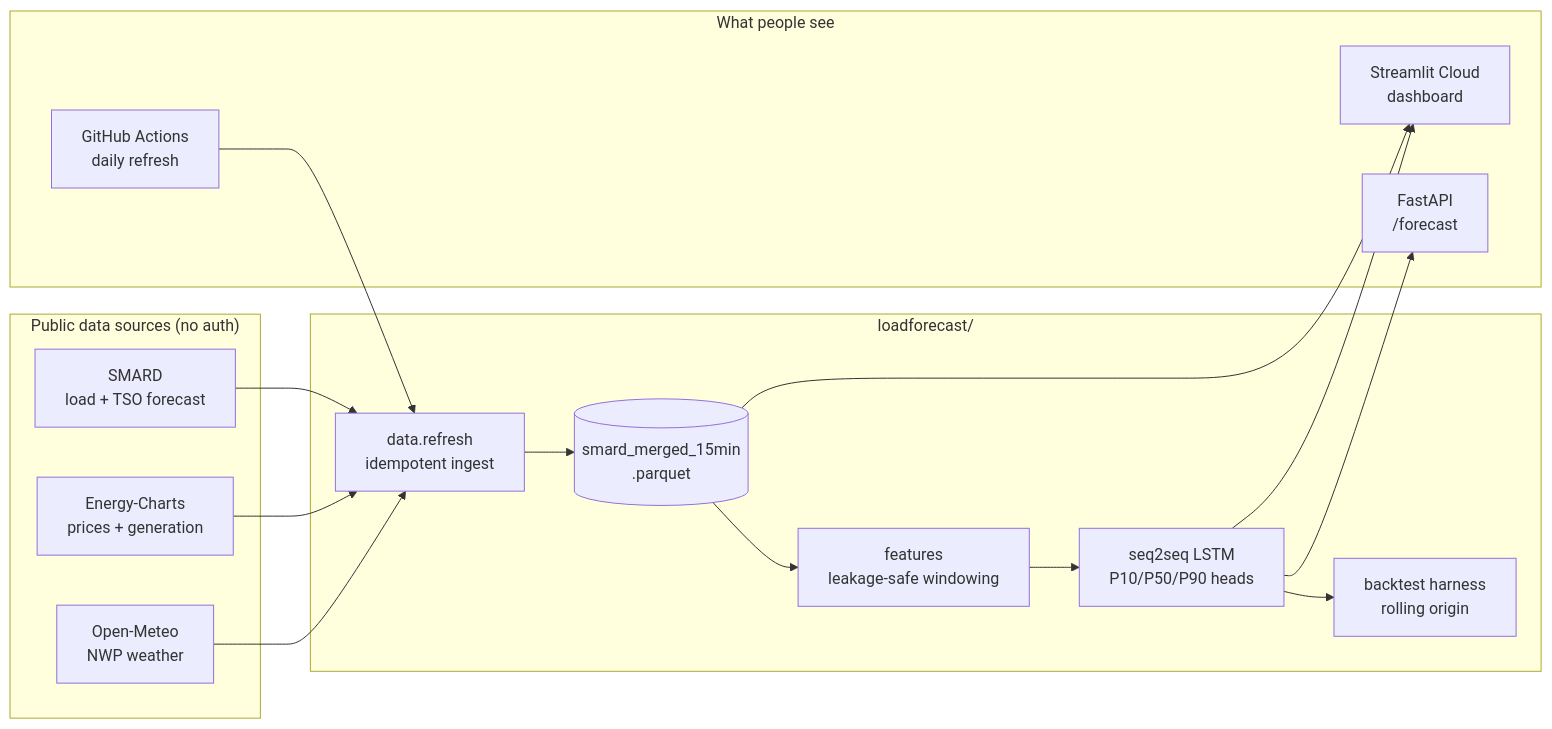
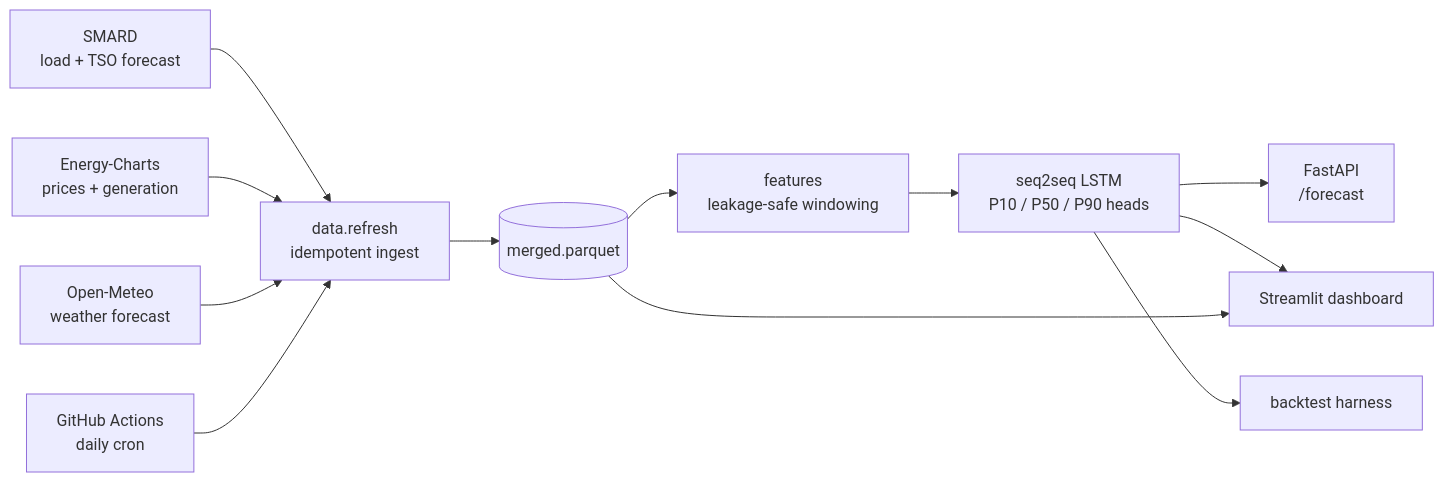
The diagram in README.md (connectashish028/german-day-ahead-forecast), drawn with Mermaid before and after one commit. The commit also changed other lines of this file, not shown here.

Commit message:
README: simpler language, restructure, fix mermaid syntax, drop notebooks/lessons sections

````diff
--- a/README.md
+++ b/README.md
@@ -84,34 +52,17 @@
 ```mermaid
 flowchart LR
-    subgraph Sources["Public data sources (no auth)"]
-        SMARD[SMARD<br/>load + TSO forecast]
-        EC[Energy-Charts<br/>prices + generation]
-        OM[Open-Meteo<br/>NWP weather]
-    end
+    SMARD[SMARD<br>load + TSO forecast] --> REFRESH
+    EC[Energy-Charts<br>prices + generation] --> REFRESH
+    OM[Open-Meteo<br>weather forecast] --> REFRESH
 
-    subgraph Pipeline["loadforecast/"]
-        REFRESH[data.refresh<br/>idempotent ingest]
-        PARQUET[(smard_merged_15min<br/>.parquet)]
-        FEATS[features<br/>leakage-safe windowing]
-        LSTM[seq2seq LSTM<br/>P10/P50/P90 heads]
-        BACKTEST[backtest harness<br/>rolling origin]
-    end
+    REFRESH[data.refresh<br>idempotent ingest] --> PARQUET[(merged.parquet)]
+    PARQUET --> FEATS[features<br>leakage-safe windowing]
+    FEATS --> LSTM[seq2seq LSTM<br>P10 / P50 / P90 heads]
 
-    subgraph Surfaces["What people see"]
-        API[FastAPI<br/>/forecast]
-        DASH[Streamlit Cloud<br/>dashboard]
-        CI[GitHub Actions<br/>daily refresh]
-    end
+    LSTM --> API[FastAPI<br>/forecast]
+    LSTM --> DASH[Streamlit dashboard]
+    PARQUET --> DASH
+    LSTM --> BACKTEST[backtest harness]
 
-    SMARD --> REFRESH
-    EC --> REFRESH
-    OM --> REFRESH
-    REFRESH --> PARQUET
-    PARQUET --> FEATS
-    FEATS --> LSTM
-    LSTM --> BACKTEST
-    LSTM --> API
-    PARQUET --> DASH
-    LSTM --> DASH
-    CI --> REFRESH
+    CRON[GitHub Actions<br>daily cron] --> REFRESH
 ```
````
